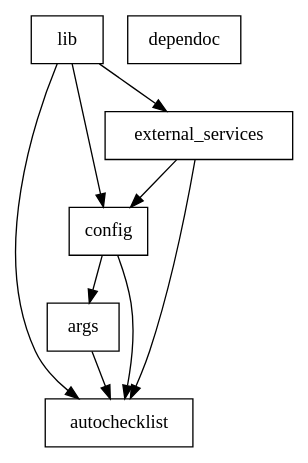
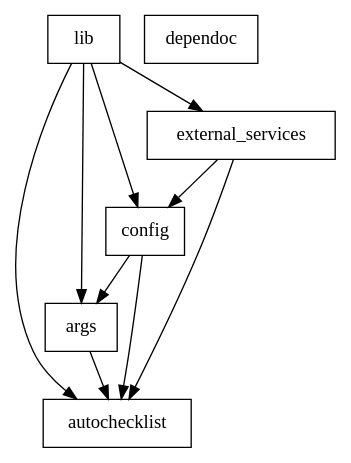
The diagram in scripts/dependoc/dependencies.dot (recc-tech/tech), drawn with Graphviz before and after one commit. The commit also changed 21 other files, not shown here.

```diff
--- a/scripts/dependoc/dependencies.dot
+++ b/scripts/dependoc/dependencies.dot
@@ -1,14 +1,14 @@
 digraph G {
     "args" [shape="rect"];
     "args" -> {"autochecklist"};
     "autochecklist" [shape="rect"];
     "autochecklist" -> {};
     "config" [shape="rect"];
     "config" -> {"args", "autochecklist"};
     "dependoc" [shape="rect"];
     "dependoc" -> {};
     "external_services" [shape="rect"];
     "external_services" -> {"autochecklist", "config"};
     "lib" [shape="rect"];
-    "lib" -> {"autochecklist", "config", "external_services"};
+    "lib" -> {"args", "autochecklist", "config", "external_services"};
 }
```
